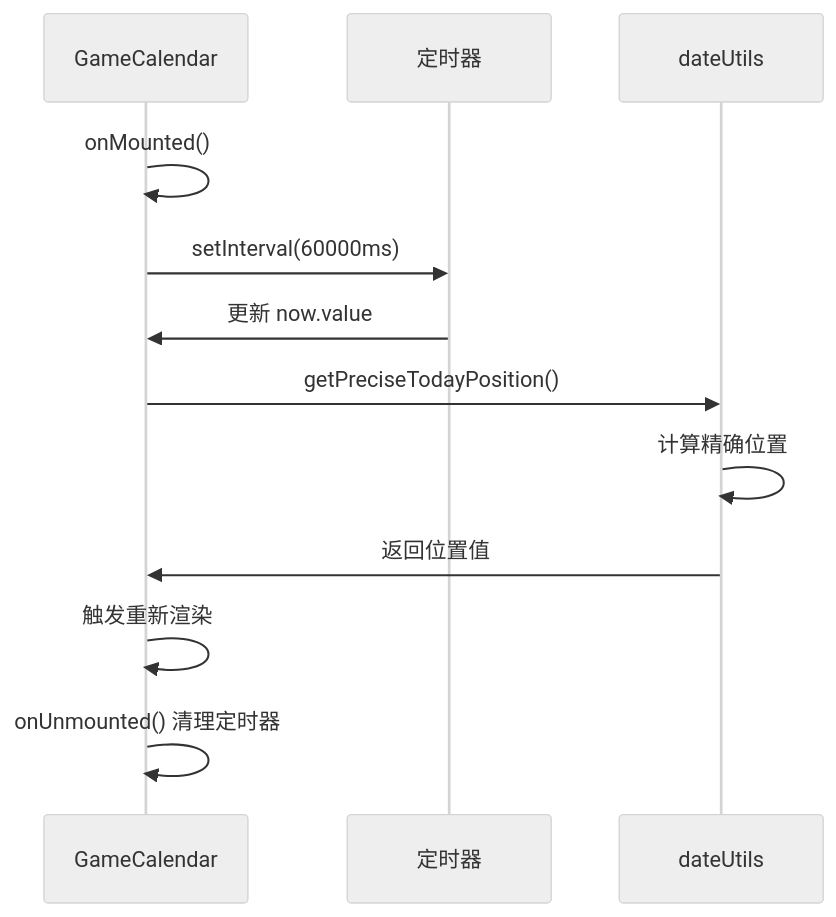
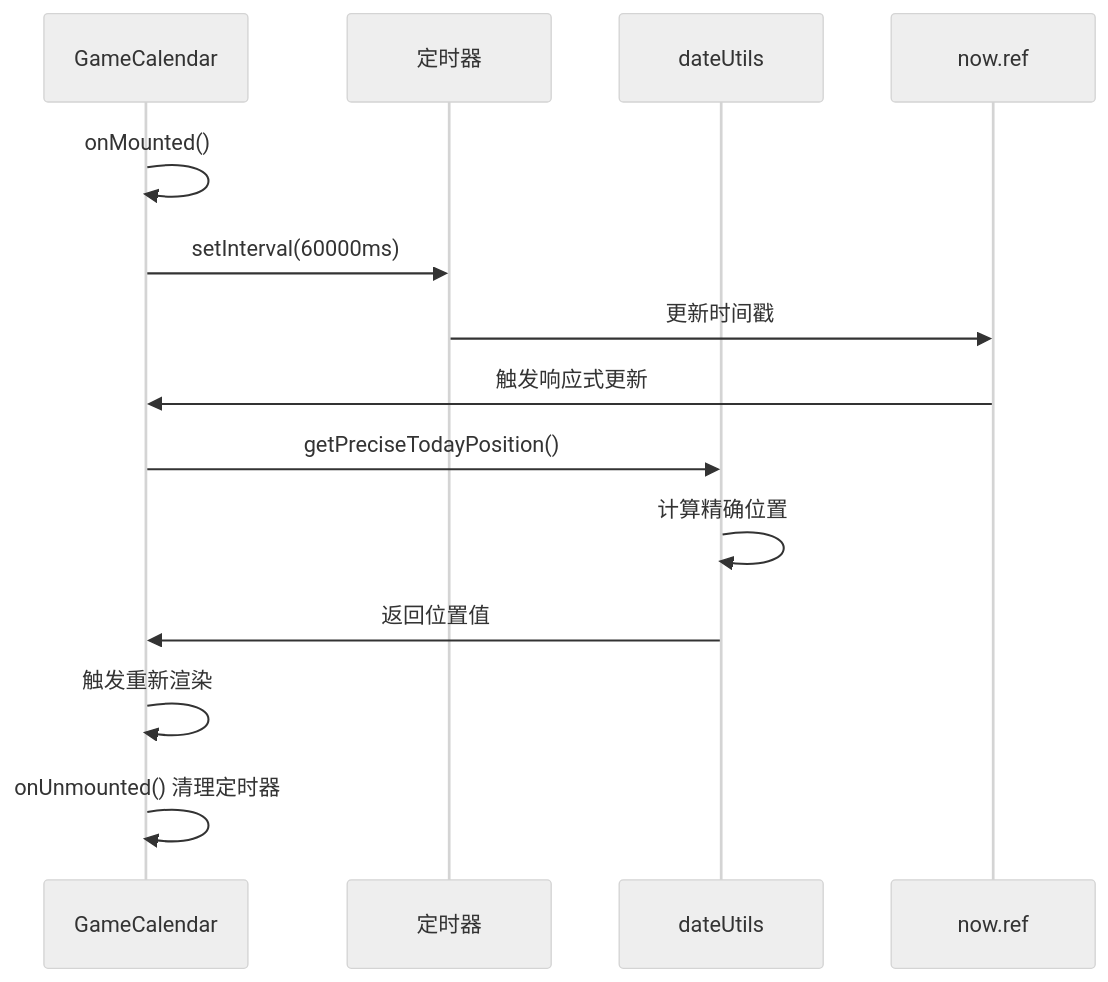
The sixth of 10 diagrams in .qoder/repowiki/zh/content/核心组件/GameCalendar 主容器组件.md (xuanyulingnfeg/gameCalendar), drawn with Mermaid (neutral theme) before and after one commit. The commit also changed other lines of this file and 7 other files, not shown here.

````diff
--- a/.qoder/repowiki/zh/content/核心组件/GameCalendar 主容器组件.md
+++ b/.qoder/repowiki/zh/content/核心组件/GameCalendar 主容器组件.md
@@ -316,14 +318,16 @@
 ```mermaid
 sequenceDiagram
 participant GC as GameCalendar
 participant Timer as 定时器
 participant DU as dateUtils
+participant Now as now.ref
 GC->>GC : onMounted()
 GC->>Timer : setInterval(60000ms)
-Timer->>GC : 更新 now.value
+Timer->>Now : 更新时间戳
+Now->>GC : 触发响应式更新
 GC->>DU : getPreciseTodayPosition()
 DU->>DU : 计算精确位置
 DU->>GC : 返回位置值
 GC->>GC : 触发重新渲染
 GC->>GC : onUnmounted() 清理定时器
 ```
````
